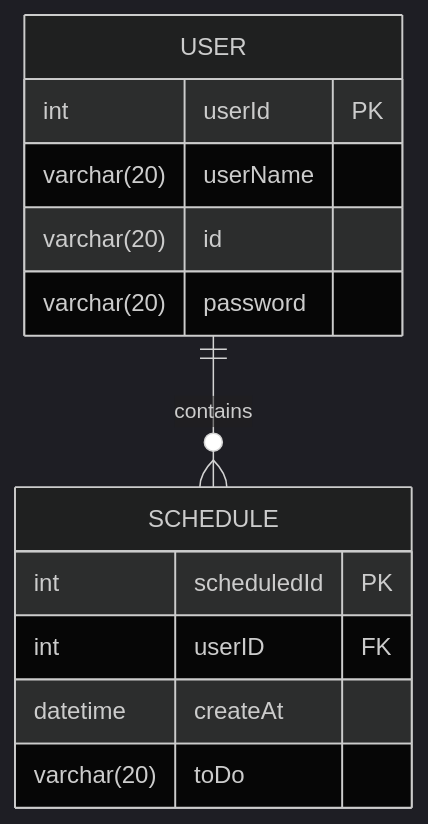
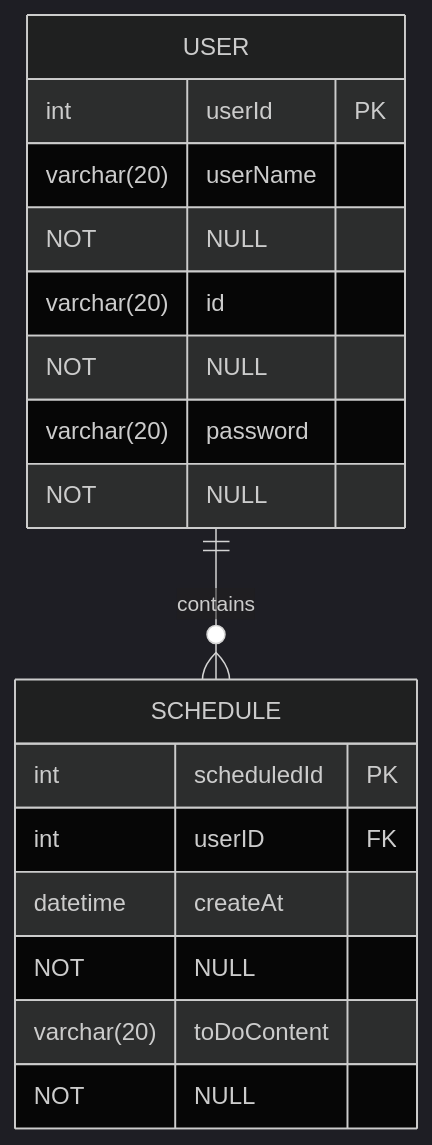
The diagram in README.md (kimyongjun0129/schedule_web_project), drawn with Mermaid (dark theme) before and after one commit.

Commit message:
ERD NOT NULL 추가 & toDo -> toDoContent로 변경

````diff
--- a/README.md
+++ b/README.md
@@ -11,16 +11,16 @@
 ```mermaid
 erDiagram
     USER ||--o{ SCHEDULE : contains
     USER {
         int userId PK
-        varchar(20) userName
-        varchar(20) id 
-        varchar(20) password
+        varchar(20) userName NOT NULL
+        varchar(20) id NOT NULL
+        varchar(20) password NOT NULL
     }
     SCHEDULE {
         int scheduledId PK
         int userID FK
-        datetime createAt
-        varchar(20) toDo
+        datetime createAt NOT NULL
+        varchar(20) toDoContent  NOT NULL
     }
 ```
````
